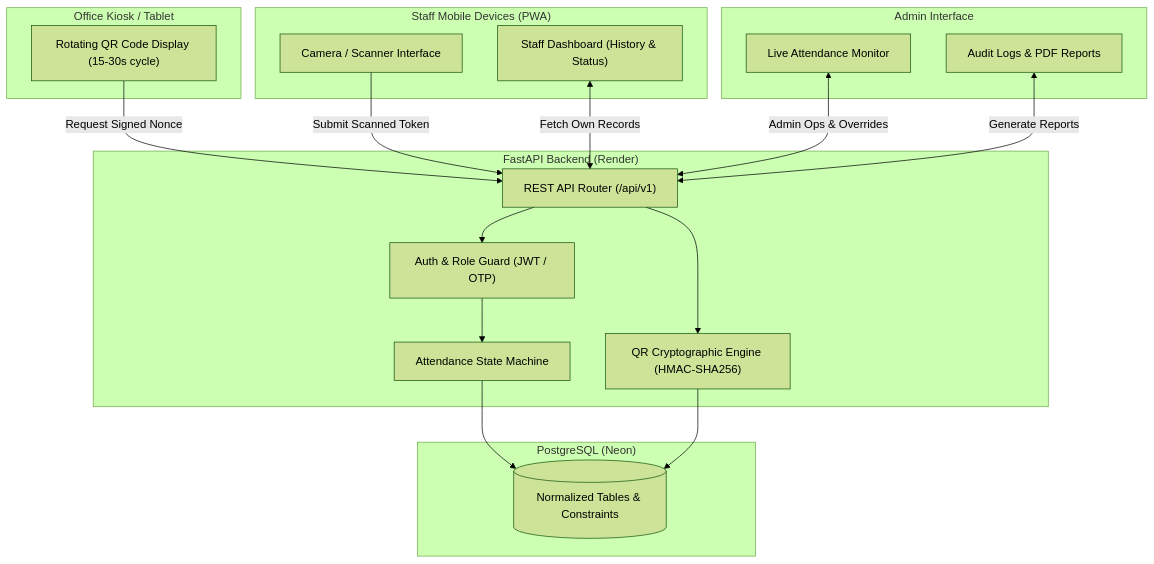
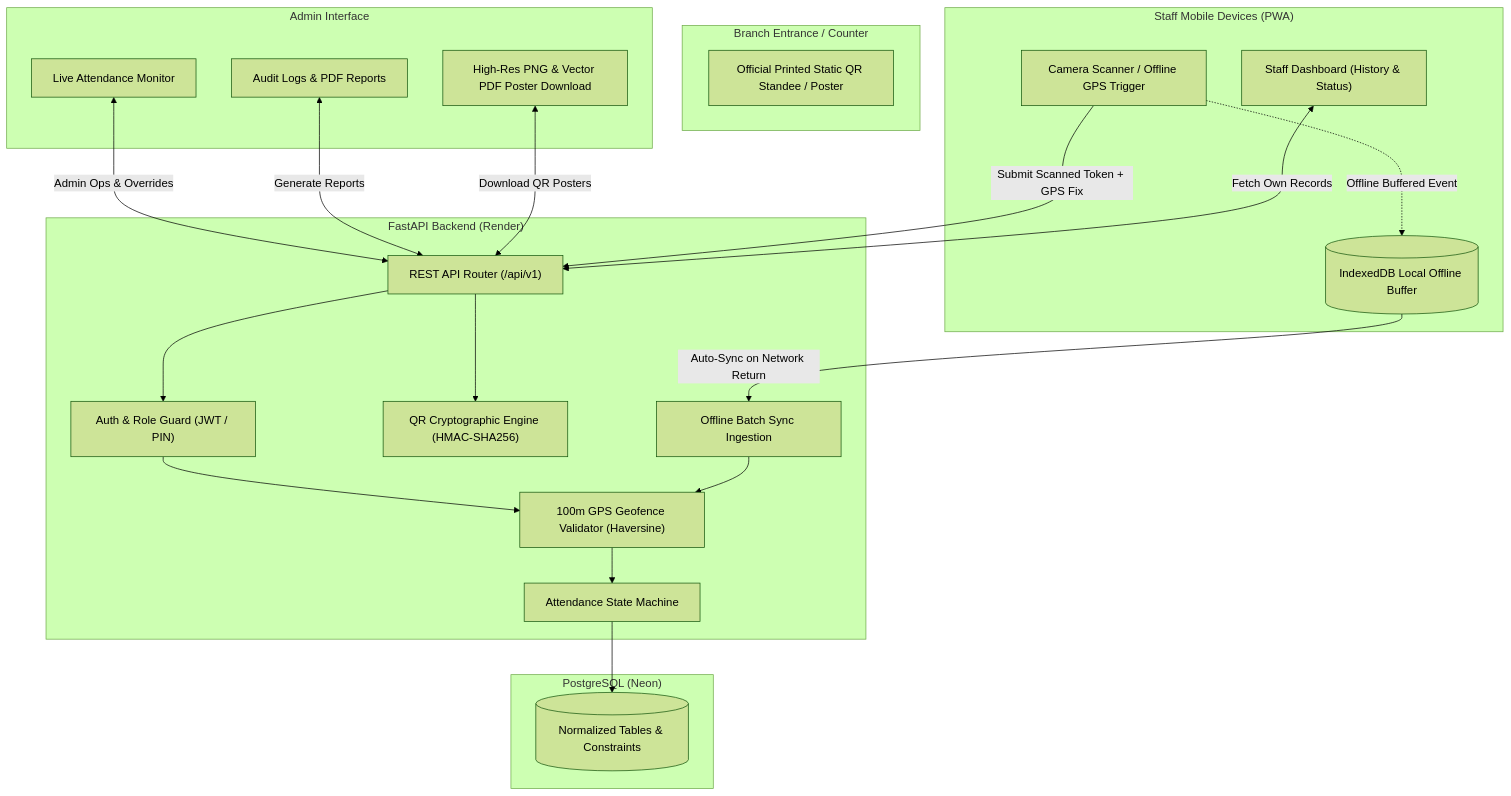
The diagram in docs/architecture.md (Mohitingale13/SP-Records), drawn with Mermaid (forest theme) before and after one commit. The commit also changed other lines of this file and 38 other files, not shown here.

Commit message:
feat: printable official QR poster with 100m GPS geofencing, animated scan feedback, offline sync, and Neon cloud database integration

````diff
--- a/docs/architecture.md
+++ b/docs/architecture.md
@@ -12,39 +12,46 @@
 ```mermaid
 flowchart TD
-    subgraph Office["Office Kiosk / Tablet"]
-        QD["Rotating QR Code Display (15-30s cycle)"]
+    subgraph Office["Branch Entrance / Counter"]
+        QD["Official Printed Static QR Standee / Poster"]
     end
 
     subgraph Staff["Staff Mobile Devices (PWA)"]
-        SM["Camera / Scanner Interface"]
+        SM["Camera Scanner / Offline GPS Trigger"]
         SD["Staff Dashboard (History & Status)"]
+        IDB[("IndexedDB Local Offline Buffer")]
     end
 
     subgraph Admin["Admin Interface"]
         AD["Live Attendance Monitor"]
         AR["Audit Logs & PDF Reports"]
+        AQ["High-Res PNG & Vector PDF Poster Download"]
     end
 
     subgraph Backend["FastAPI Backend (Render)"]
         API["REST API Router (/api/v1)"]
-        AUTH["Auth & Role Guard (JWT / OTP)"]
+        AUTH["Auth & Role Guard (JWT / PIN)"]
         ASM["Attendance State Machine"]
+        GEO["100m GPS Geofence Validator (Haversine)"]
         QRS["QR Cryptographic Engine (HMAC-SHA256)"]
+        SYNC["Offline Batch Sync Ingestion"]
     end
 
     subgraph Database["PostgreSQL (Neon)"]
         DB[(Normalized Tables & Constraints)]
     end
 
-    QD -->|Request Signed Nonce| API
-    SM -->|Submit Scanned Token| API
+    SM -.->|Offline Buffered Event| IDB
+    IDB -->|Auto-Sync on Network Return| SYNC
+    SM -->|Submit Scanned Token + GPS Fix| API
     SD <-->|Fetch Own Records| API
     AD <-->|Admin Ops & Overrides| API
     AR <-->|Generate Reports| API
+    AQ <-->|Download QR Posters| API
 
     API --> AUTH
-    AUTH --> ASM
+    AUTH --> GEO
+    GEO --> ASM
     API --> QRS
+    SYNC --> GEO
     ASM --> DB
-    QRS --> DB
 ```
````
